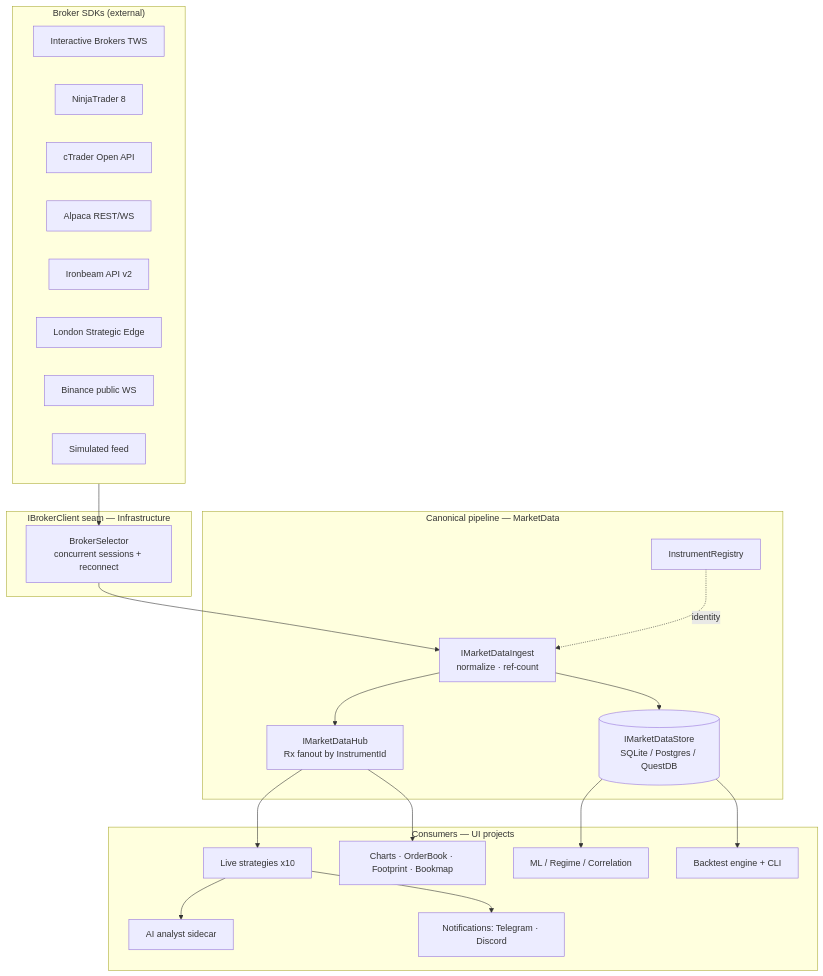
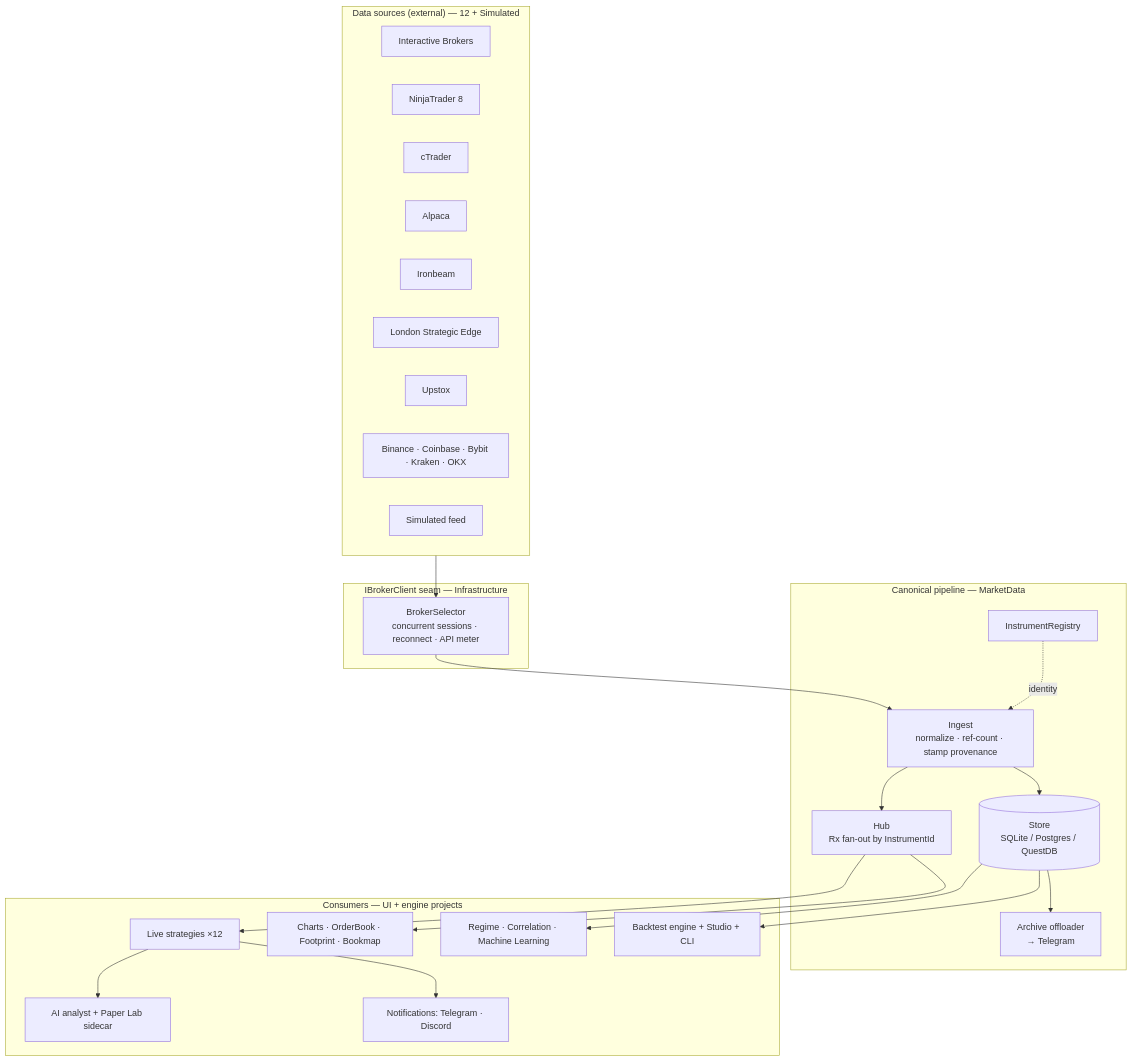
One commit to dhruuvsharma/DaxAlgo-Terminal changed the first of 2 diagrams in README.md. Above: the diagram before and after it, drawn with Mermaid. The commit also changed other lines of this file and 22 other files, not shown here.

````diff
--- a/README.md
+++ b/README.md
@@ -45,44 +181,47 @@
 ```mermaid
 flowchart TB
-    subgraph Brokers["Broker SDKs (external)"]
-        IB[Interactive Brokers TWS]
+    subgraph Brokers["Data sources (external) — 12 + Simulated"]
+        IB[Interactive Brokers]
         NT[NinjaTrader 8]
-        CT[cTrader Open API]
-        AL[Alpaca REST/WS]
-        IR[Ironbeam API v2]
+        CT[cTrader]
+        AL[Alpaca]
+        IR[Ironbeam]
         LSE[London Strategic Edge]
-        BIN[Binance public WS]
+        UP[Upstox]
+        CR[Binance · Coinbase · Bybit · Kraken · OKX]
         SIM[Simulated feed]
     end
 
     subgraph Seam["IBrokerClient seam — Infrastructure"]
-        BS[BrokerSelector<br/>concurrent sessions + reconnect]
+        BS[BrokerSelector<br/>concurrent sessions · reconnect · API meter]
     end
 
     subgraph Pipeline["Canonical pipeline — MarketData"]
-        ING[IMarketDataIngest<br/>normalize · ref-count]
-        HUB[IMarketDataHub<br/>Rx fanout by InstrumentId]
-        STORE[(IMarketDataStore<br/>SQLite / Postgres / QuestDB)]
+        ING[Ingest<br/>normalize · ref-count · stamp provenance]
+        HUB[Hub<br/>Rx fan-out by InstrumentId]
+        STORE[(Store<br/>SQLite / Postgres / QuestDB)]
         REG[InstrumentRegistry]
+        ARCH[Archive offloader<br/>→ Telegram]
     end
 
-    subgraph Consumers["Consumers — UI projects"]
-        STRAT[Live strategies x10]
+    subgraph Consumers["Consumers — UI + engine projects"]
+        STRAT[Live strategies ×12]
         TOOLS[Charts · OrderBook · Footprint · Bookmap]
-        ML[ML / Regime / Correlation]
-        BT[Backtest engine + CLI]
-        AI[AI analyst sidecar]
+        REGML[Regime · Correlation · Machine Learning]
+        BT[Backtest engine + Studio + CLI]
+        AI[AI analyst + Paper Lab sidecar]
         NOTIF[Notifications: Telegram · Discord]
     end
 
     Brokers --> BS --> ING
     ING --> HUB
     ING --> STORE
+    STORE --> ARCH
     REG -.identity.-> ING
     HUB --> STRAT
     HUB --> TOOLS
-    STORE --> ML
+    STORE --> REGML
     STORE --> BT
     STRAT --> NOTIF
     STRAT --> AI
 ```
````
